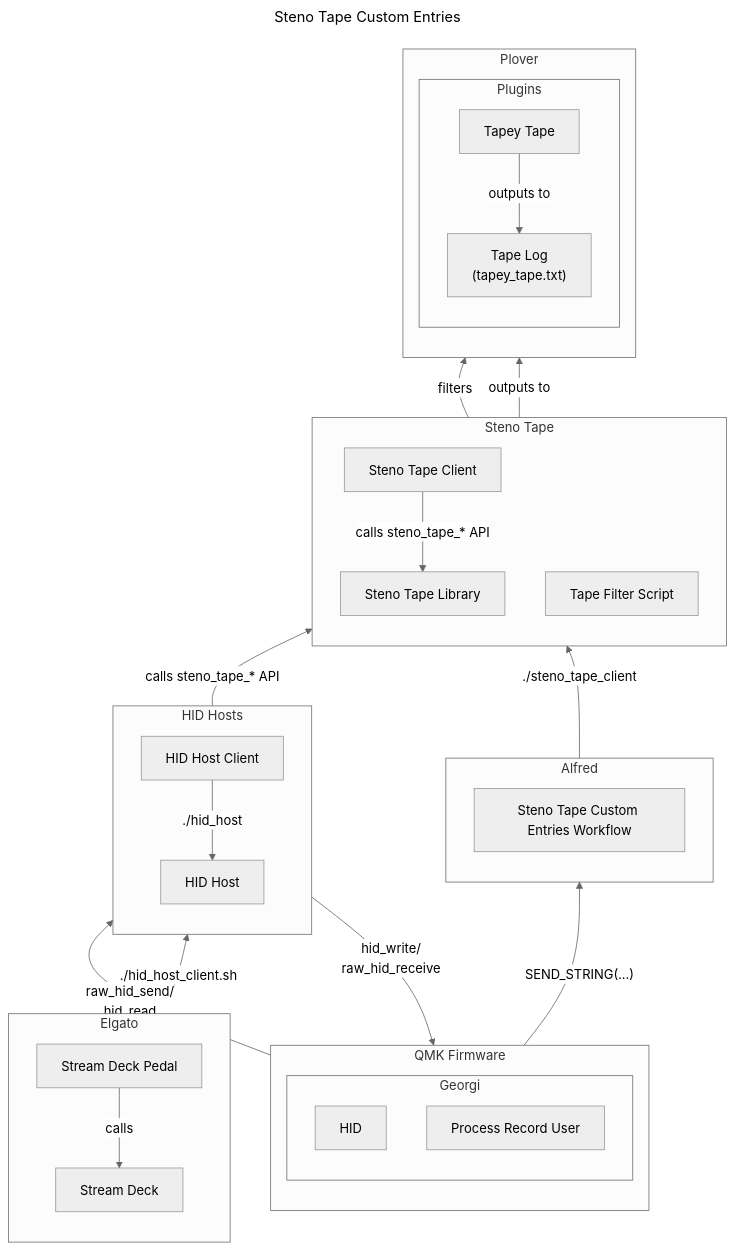
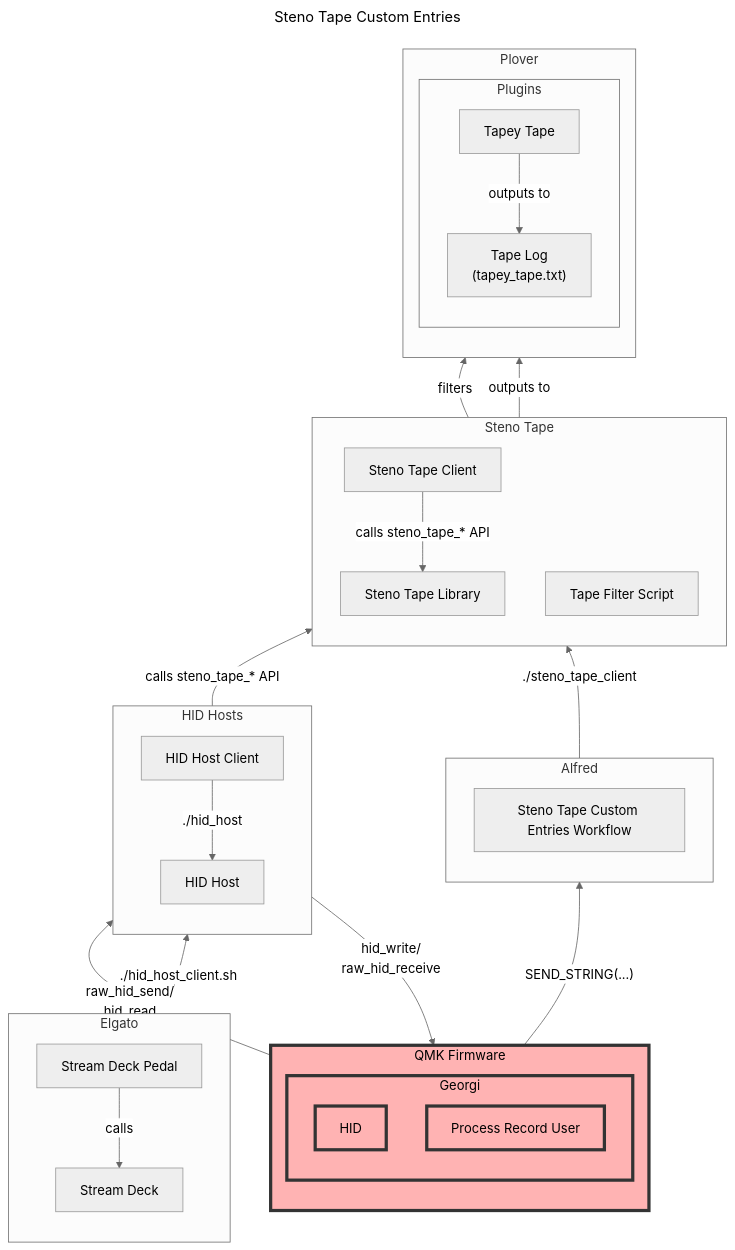
The diagram in keyboards/gboards/georgi/keymaps/paulfioravanti/README.md (paulfioravanti/qmk_keymaps), drawn with Mermaid (neutral theme) before and after one commit.

Commit message:
Add current component styling in diagram

```diff
--- a/keyboards/gboards/georgi/keymaps/paulfioravanti/README.md
+++ b/keyboards/gboards/georgi/keymaps/paulfioravanti/README.md
@@ -74,6 +74,8 @@
   TapeyTape[Tapey Tape]
   TapeLogFile["Tape Log\n(tapey_tape.txt)"]
   TapeFilterScript["Tape Filter Script"]
+
+  classDef current fill:#ffb3b3, stroke:#333, stroke-width:4px, color:black
 
   subgraph Alfred
     direction TB
@@ -95,10 +97,12 @@
   subgraph QMKFirmware["QMK Firmware"]
     direction TB
     subgraph Georgi
-      GeorgiHID
-      GeorgiProcessRecordUser
+      GeorgiHID:::current
+      GeorgiProcessRecordUser:::current
     end
   end
+  class QMKFirmware current
+  class Georgi current
 
   subgraph Plover
     direction TB
```
